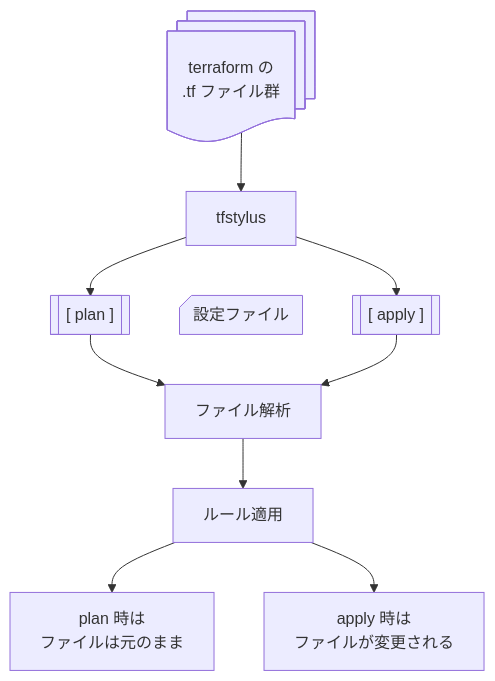
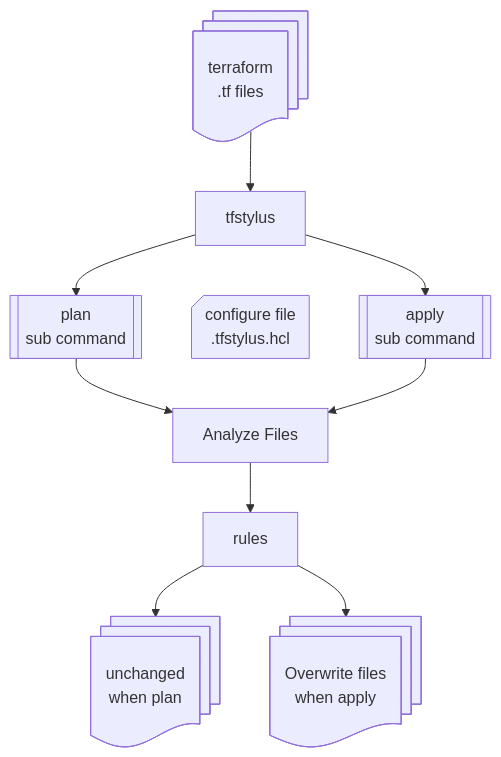
The diagram in README.md (officel/tfstylus), drawn with Mermaid before and after one commit. The commit also changed other lines of this file, not shown here.

Commit message:
docs: mermaid graph (#110)
- マーメイドでのグラフ中だけ英語にした
- 翻訳しなくてもわかるだろ程度には

````diff
--- a/README.md
+++ b/README.md
@@ -11,27 +11,27 @@
 ```mermaid
 flowchart TD
-  IN@{ shape: docs, label: "terraform の<br> .tf ファイル群"}
+  IN@{ shape: docs, label: "terraform <br> .tf files"}
   ST["tfstylus"]
-  PL@{ shape: subproc, label: "[ plan ]"}
-  CF@{ shape: notch-rect, label: "設定ファイル" }
-  AP@{ shape: subproc, label: "[ apply ]"}
+  PL@{ shape: subproc, label: "plan<br>sub command"}
+  CF@{ shape: notch-rect, label: "configure file<br>.tfstylus.hcl" }
+  AP@{ shape: subproc, label: "apply<br>sub command"}
 
   IN --> ST
 
   ST --> PL
   ST ~~~ CF
   ST --> AP
 
-  AN["ファイル解析"]
-  RL["ルール適用"]
+  AN["Analyze Files"]
+  RL["rules"]
 
   PL --> AN
   AP --> AN
   AN --> RL
 
-  OR["plan 時は<br>ファイルは元のまま"]
-  AF["apply 時は<br>ファイルが変更される"]
+  OR@{ shape: docs, label: "unchanged<br>when plan"}
+  AF@{ shape: docs, label: "Overwrite files<br>when apply"}
 
   RL --> OR
   RL --> AF
 ```
````
